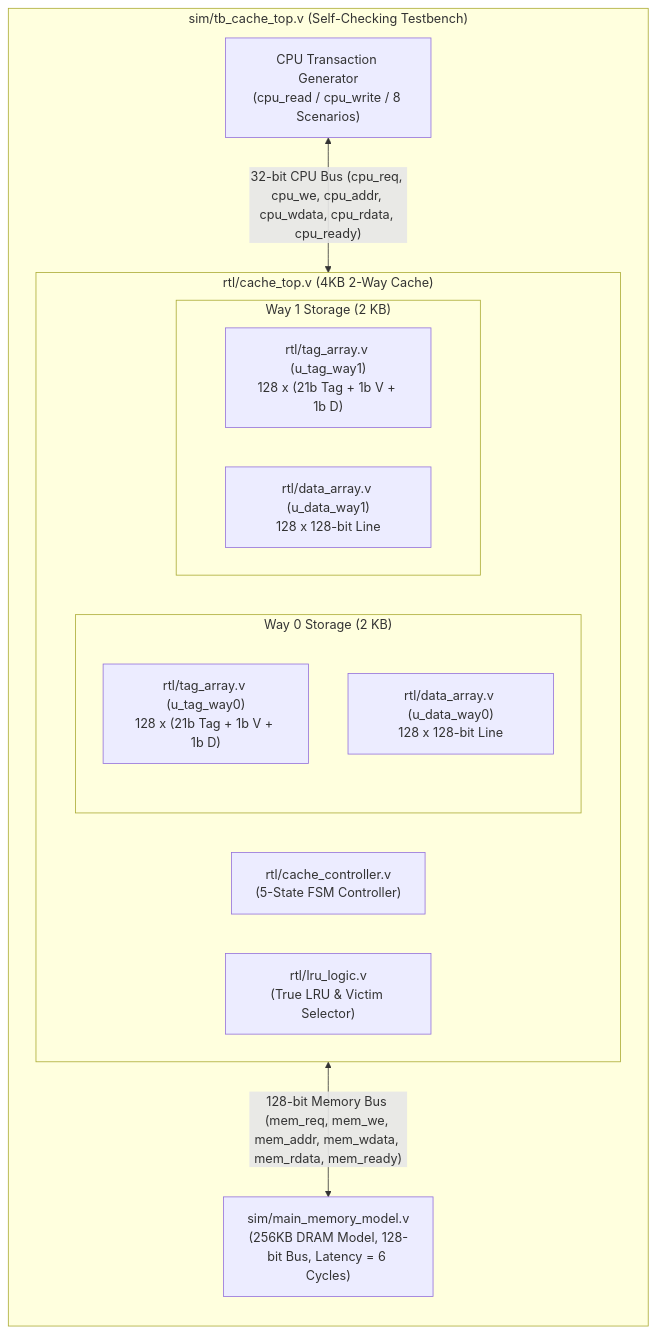
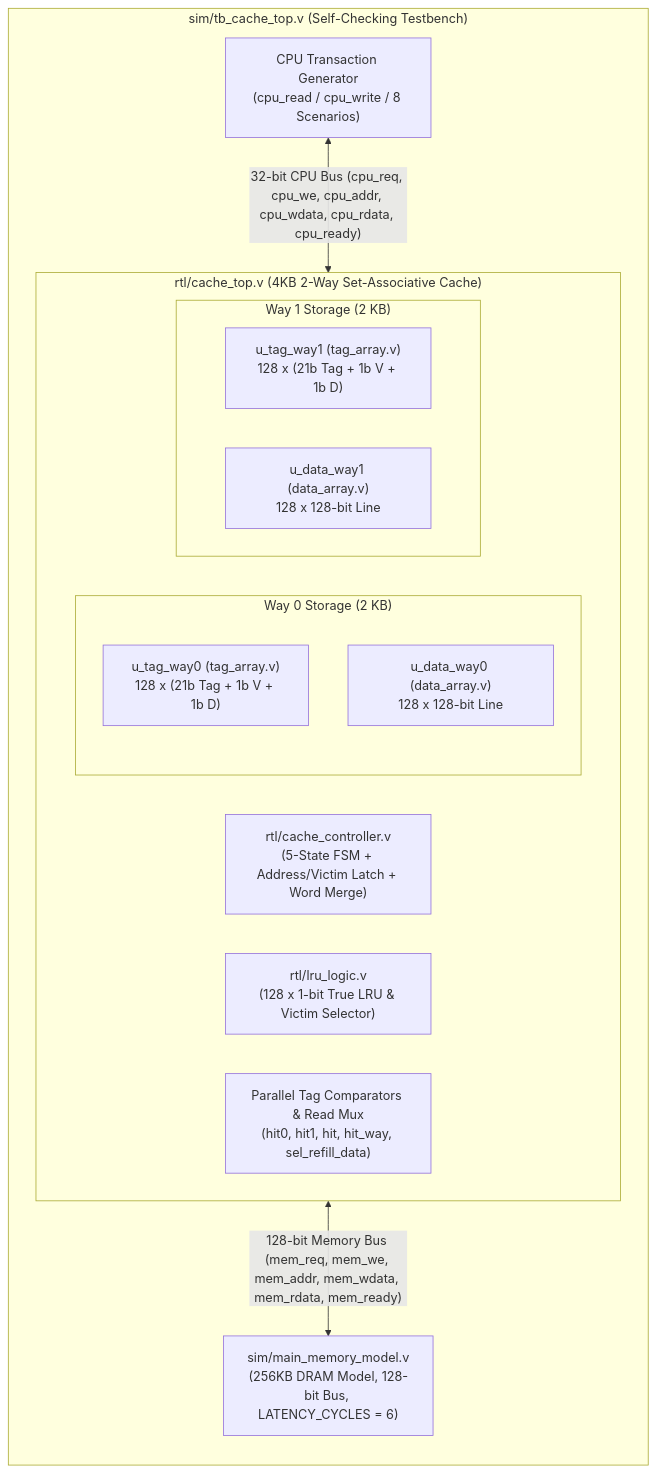
The first of 2 diagrams in README.md (lamquydo/project_KTMT), drawn with Mermaid before and after one commit. The commit also changed other lines of this file and 13 other files, not shown here.

````diff
--- a/README.md
+++ b/README.md
@@ -68,27 +120,28 @@
 ```mermaid
 flowchart TD
     subgraph TB["sim/tb_cache_top.v (Self-Checking Testbench)"]
         direction TB
         CPU_GEN["CPU Transaction Generator<br/>(cpu_read / cpu_write / 8 Scenarios)"]
-        
-        subgraph DUT["rtl/cache_top.v (4KB 2-Way Cache)"]
-            CTRL["rtl/cache_controller.v<br/>(5-State FSM Controller)"]
-            LRU["rtl/lru_logic.v<br/>(True LRU & Victim Selector)"]
-            
+
+        subgraph DUT["rtl/cache_top.v (4KB 2-Way Set-Associative Cache)"]
+            CTRL["rtl/cache_controller.v<br/>(5-State FSM + Address/Victim Latch + Word Merge)"]
+            LRU["rtl/lru_logic.v<br/>(128 x 1-bit True LRU & Victim Selector)"]
+            CMP["Parallel Tag Comparators & Read Mux<br/>(hit0, hit1, hit, hit_way, sel_refill_data)"]
+
             subgraph WAY0["Way 0 Storage (2 KB)"]
-                TAG0["rtl/tag_array.v (u_tag_way0)<br/>128 x (21b Tag + 1b V + 1b D)"]
-                DATA0["rtl/data_array.v (u_data_way0)<br/>128 x 128-bit Line"]
+                TAG0["u_tag_way0 (tag_array.v)<br/>128 x (21b Tag + 1b V + 1b D)"]
+                DATA0["u_data_way0 (data_array.v)<br/>128 x 128-bit Line"]
             end
-            
+
             subgraph WAY1["Way 1 Storage (2 KB)"]
-                TAG1["rtl/tag_array.v (u_tag_way1)<br/>128 x (21b Tag + 1b V + 1b D)"]
-                DATA1["rtl/data_array.v (u_data_way1)<br/>128 x 128-bit Line"]
+                TAG1["u_tag_way1 (tag_array.v)<br/>128 x (21b Tag + 1b V + 1b D)"]
+                DATA1["u_data_way1 (data_array.v)<br/>128 x 128-bit Line"]
             end
         end
-        
-        DRAM["sim/main_memory_model.v<br/>(256KB DRAM Model, 128-bit Bus, Latency = 6 Cycles)"]
-        
+
+        DRAM["sim/main_memory_model.v<br/>(256KB DRAM Model, 128-bit Bus, LATENCY_CYCLES = 6)"]
+
         CPU_GEN <-->|"32-bit CPU Bus (cpu_req, cpu_we, cpu_addr, cpu_wdata, cpu_rdata, cpu_ready)"| DUT
         DUT <-->|"128-bit Memory Bus (mem_req, mem_we, mem_addr, mem_wdata, mem_rdata, mem_ready)"| DRAM
     end
 ```
````
